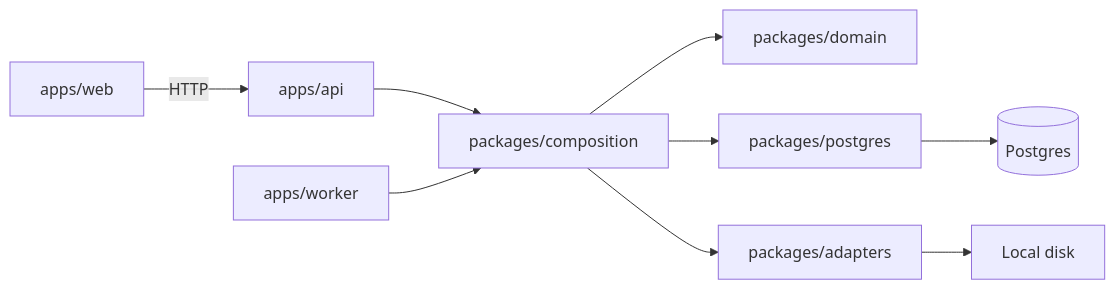
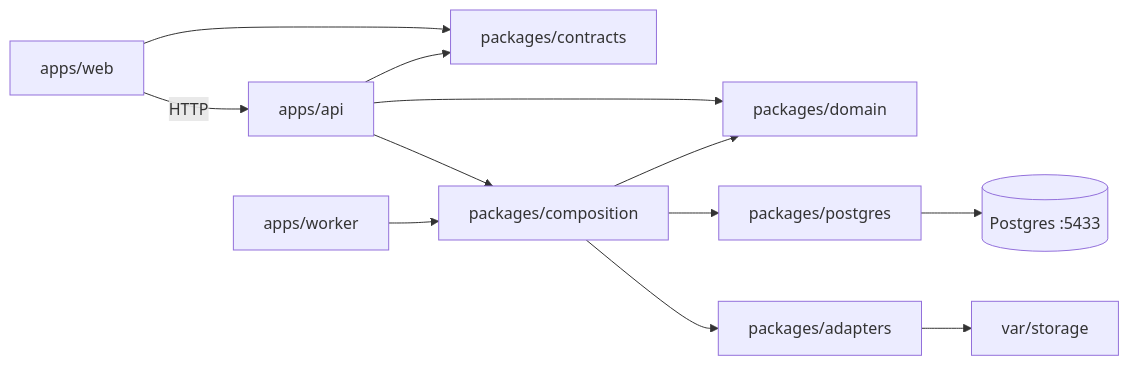
The diagram in README.md (ErickAlexSanchez/draftline), drawn with Mermaid before and after one commit. The commit also changed other lines of this file and 29 other files, not shown here.

First line of the commit message:
feat: show the architecture in the demo and match the public docs

````diff
--- a/README.md
+++ b/README.md
@@ -17,21 +19,25 @@
 ```mermaid
 flowchart LR
   web["apps/web"]
   api["apps/api"]
   worker["apps/worker"]
+  contracts["packages/contracts"]
   composition["packages/composition"]
   domain["packages/domain"]
   postgres["packages/postgres"]
   adapters["packages/adapters"]
-  db[("Postgres")]
-  disk["Local disk"]
+  db[("Postgres :5433")]
+  disk["var/storage"]
 
   web -->|HTTP| api
+  web --> contracts
+  api --> contracts
   api --> composition
+  api --> domain
   worker --> composition
   composition --> domain
   composition --> postgres
   composition --> adapters
   postgres --> db
   adapters --> disk
 ```
````
